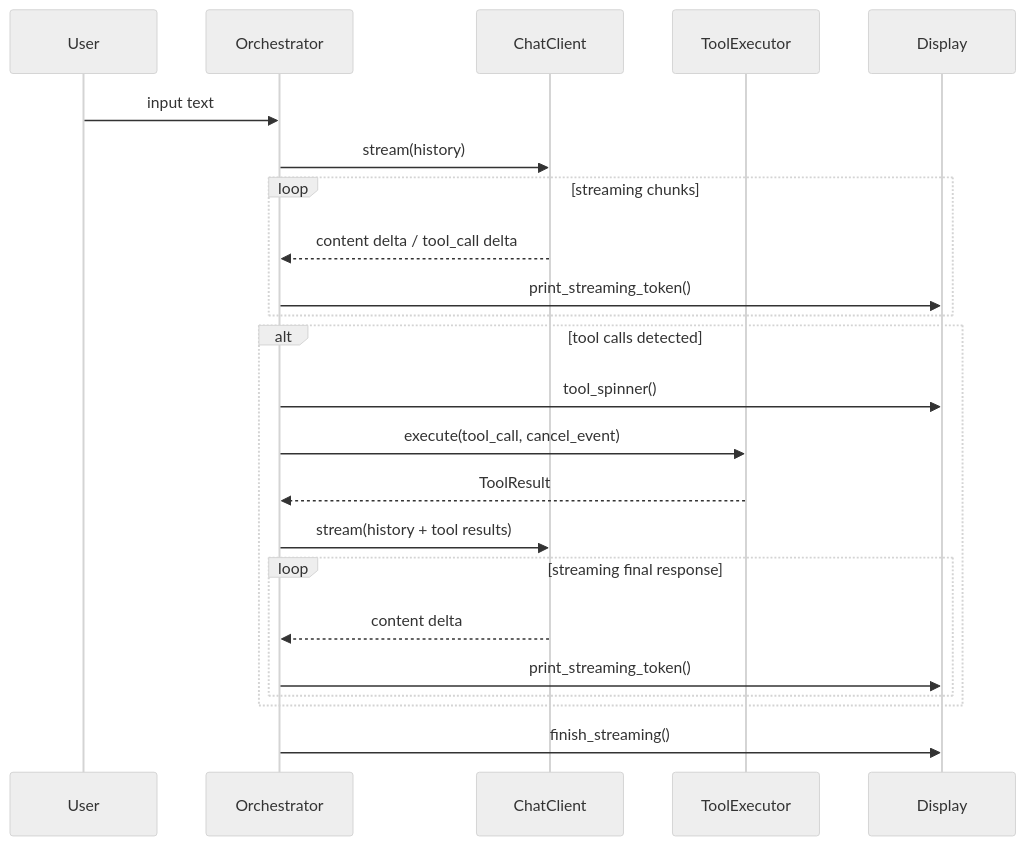
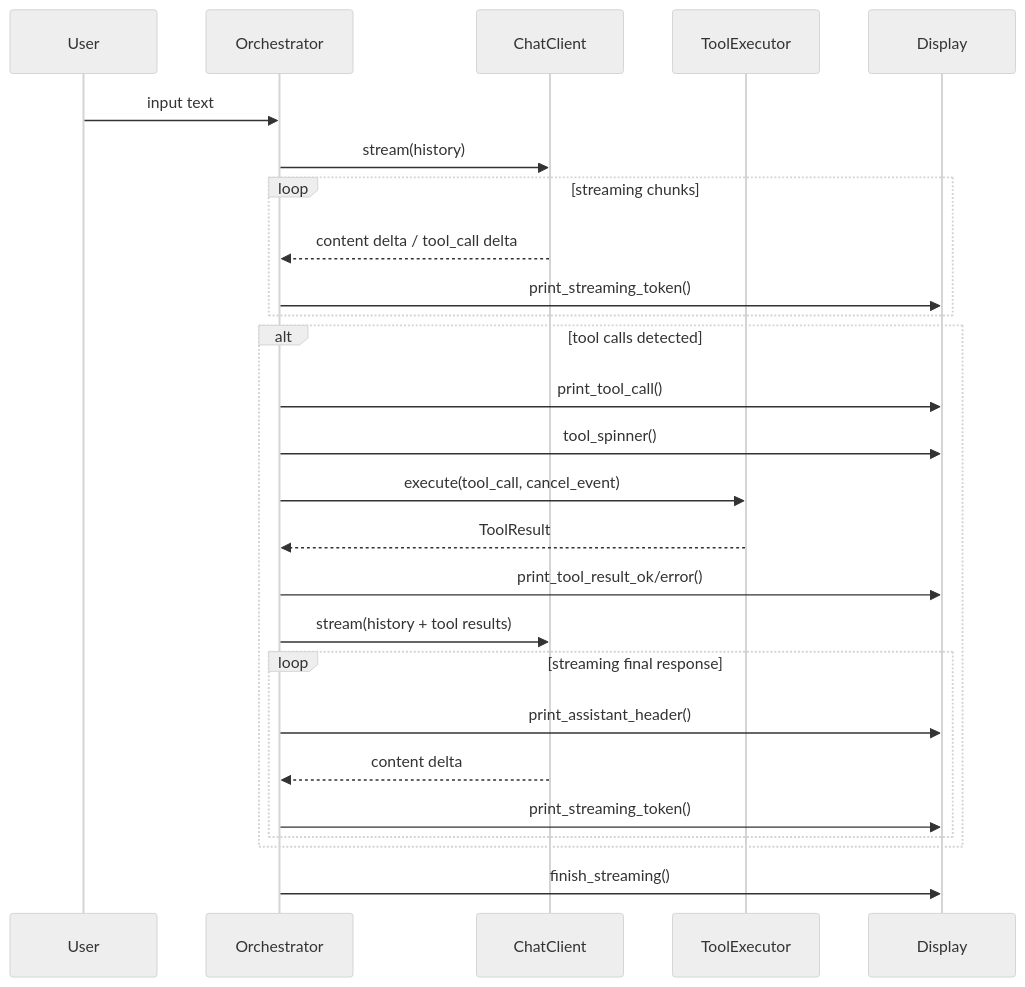
One commit to codexceed/cli-chat changed the second of 5 diagrams in ARCHITECTURE.md. Above: the diagram before and after it, drawn with Mermaid (neutral theme). The commit also changed other lines of this file and 1 other file, not shown here.

First line of the commit message:
Update CLAUDE.md and ARCHITECTURE.md for recent changes

````diff
--- a/ARCHITECTURE.md
+++ b/ARCHITECTURE.md
@@ -31,26 +31,29 @@
 ```mermaid
 sequenceDiagram
     participant U as User
     participant O as Orchestrator
     participant C as ChatClient
     participant T as ToolExecutor
     participant D as Display
 
     U->>O: input text
     O->>C: stream(history)
     loop streaming chunks
         C-->>O: content delta / tool_call delta
         O->>D: print_streaming_token()
     end
     alt tool calls detected
+        O->>D: print_tool_call()
         O->>D: tool_spinner()
         O->>T: execute(tool_call, cancel_event)
         T-->>O: ToolResult
+        O->>D: print_tool_result_ok/error()
         O->>C: stream(history + tool results)
         loop streaming final response
+            O->>D: print_assistant_header()
             C-->>O: content delta
             O->>D: print_streaming_token()
         end
     end
     O->>D: finish_streaming()
 ```
````
